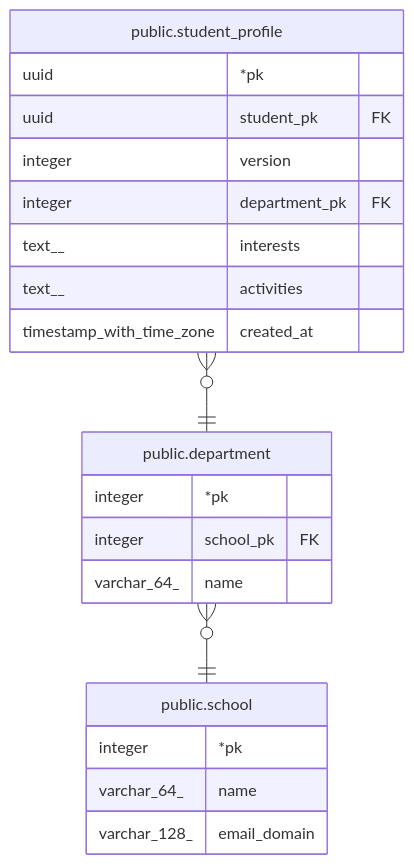
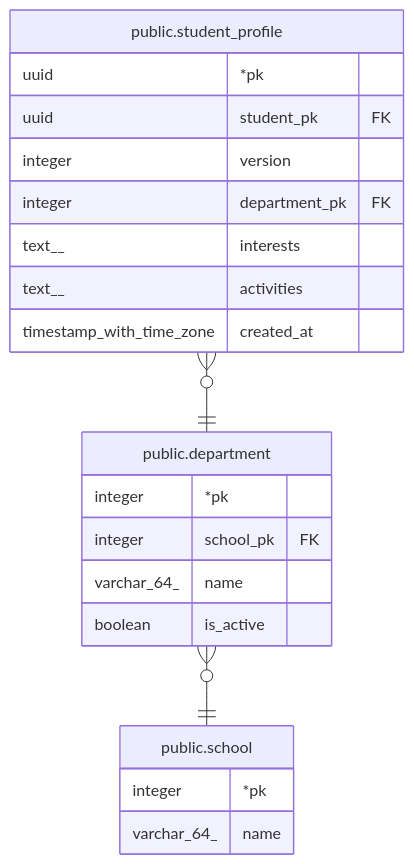
The diagram in docs/schema/public.department.md (gsainfoteam/cheers-be), drawn with Mermaid before and after one commit. The commit also changed other lines of this file and 11 other files, not shown here.

Commit message:
- feat: add school email domain table and department active flag (CRB-43)

````diff
--- a/docs/schema/public.department.md
+++ b/docs/schema/public.department.md
@@ -32,26 +33,26 @@
 ```mermaid
 erDiagram
 
 "public.student_profile" }o--|| "public.department" : ""
 "public.department" }o--|| "public.school" : ""
 
 "public.department" {
   integer *pk
   integer school_pk FK
   varchar_64_ name
+  boolean is_active
 }
 "public.student_profile" {
   uuid *pk
   uuid student_pk FK
   integer version
   integer department_pk FK
   text__ interests
   text__ activities
   timestamp_with_time_zone created_at
 }
 "public.school" {
   integer *pk
   varchar_64_ name
-  varchar_128_ email_domain
 }
 ```
````
